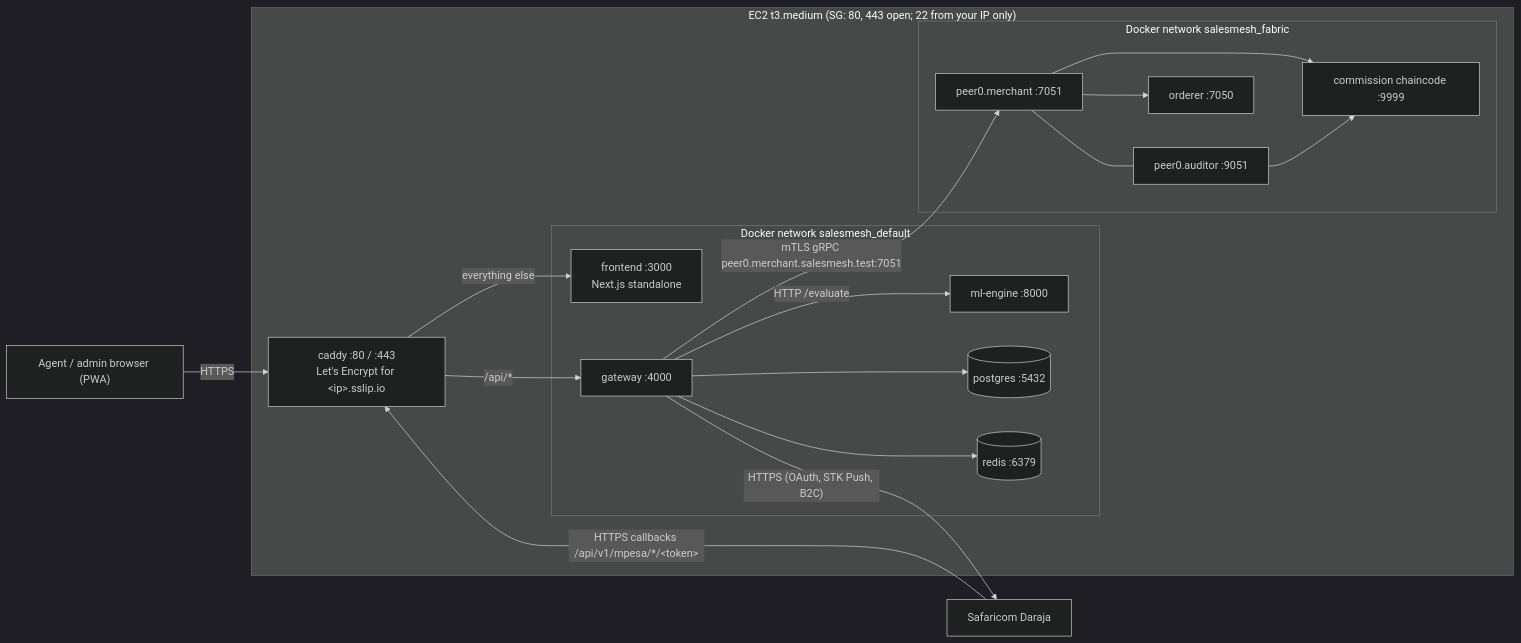
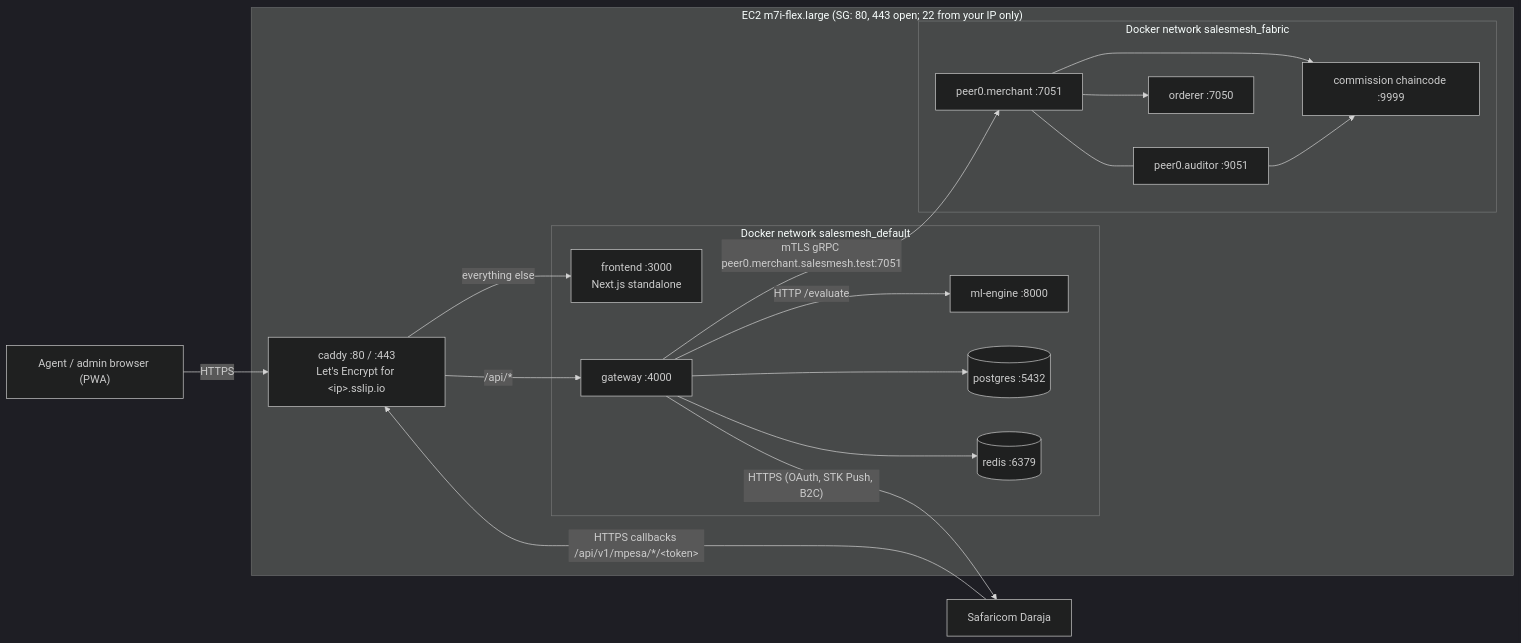
Before and after one commit to Nathan-Rugo/SalesMesh-Ledger: the diagram in docs/architecture/deployment.md, drawn with Mermaid (dark theme). The commit also changed other lines of this file and 2 other files, not shown here.

First line of the commit message:
docs(deploy): size the VM as an m7i-flex.large (8 GB, no CPU credits)

````diff
--- a/docs/architecture/deployment.md
+++ b/docs/architecture/deployment.md
@@ -21,34 +21,34 @@
 ```mermaid
 flowchart LR
   user["Agent / admin browser (PWA)"]
   daraja["Safaricom Daraja"]
-  subgraph vm["EC2 t3.medium (SG: 80, 443 open; 22 from your IP only)"]
+  subgraph vm["EC2 m7i-flex.large (SG: 80, 443 open; 22 from your IP only)"]
     caddy["caddy :80 / :443<br/>Let's Encrypt for &lt;ip&gt;.sslip.io"]
     subgraph app["Docker network salesmesh_default"]
       pwa["frontend :3000<br/>Next.js standalone"]
       gw["gateway :4000"]
       ml["ml-engine :8000"]
       pg[("postgres :5432")]
       rd[("redis :6379")]
     end
     subgraph fab["Docker network salesmesh_fabric"]
       pm["peer0.merchant :7051"]
       pa["peer0.auditor :9051"]
       ord["orderer :7050"]
       cc["commission chaincode :9999"]
     end
   end
   user -- "HTTPS" --> caddy
   daraja -- "HTTPS callbacks /api/v1/mpesa/*/&lt;token&gt;" --> caddy
   caddy -- "/api/*" --> gw
   caddy -- "everything else" --> pwa
   gw --> pg
   gw --> rd
   gw -- "HTTP /evaluate" --> ml
   gw -- "mTLS gRPC peer0.merchant.salesmesh.test:7051" --> pm
   gw -- "HTTPS (OAuth, STK Push, B2C)" --> daraja
   pm --- pa
   pm --> ord
   pm --> cc
   pa --> cc
 ```
````
